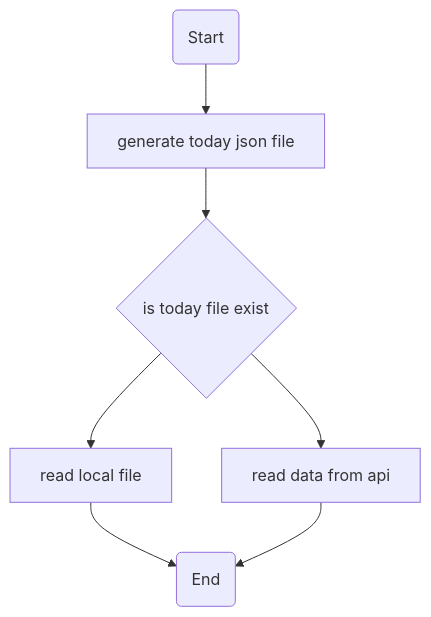
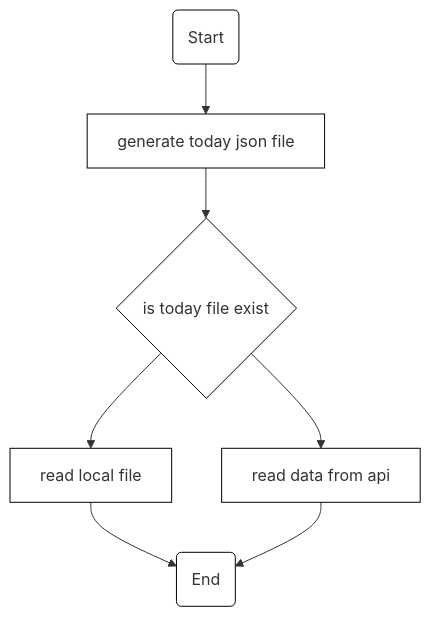
One commit to idlewith/blog changed the diagram in docs/python_scripts/today_in_history.md. Above: the diagram before and after it, drawn with Mermaid. The commit also changed 1 other file, not shown here.

Commit message:
change diagram color

````diff
--- a/docs/python_scripts/today_in_history.md
+++ b/docs/python_scripts/today_in_history.md
@@ -3,10 +3,11 @@
 ```mermaid
 flowchart TD
 
     A(Start) --> B[generate today json file]
     B --> C{is today file exist}
     C --> D[read local file]
     C --> E[read data from api]
     D --> F(End)
     E --> F
+classDef default fill:#fff,stroke:#000
 ```
````
